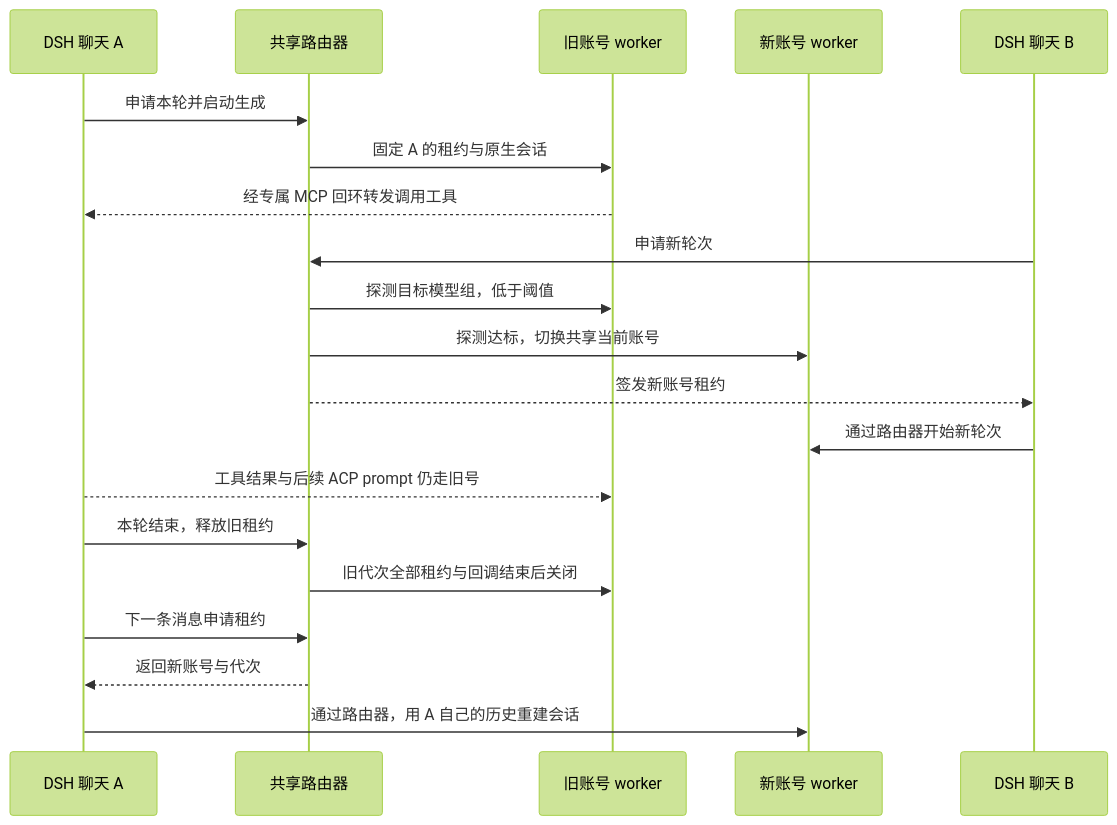
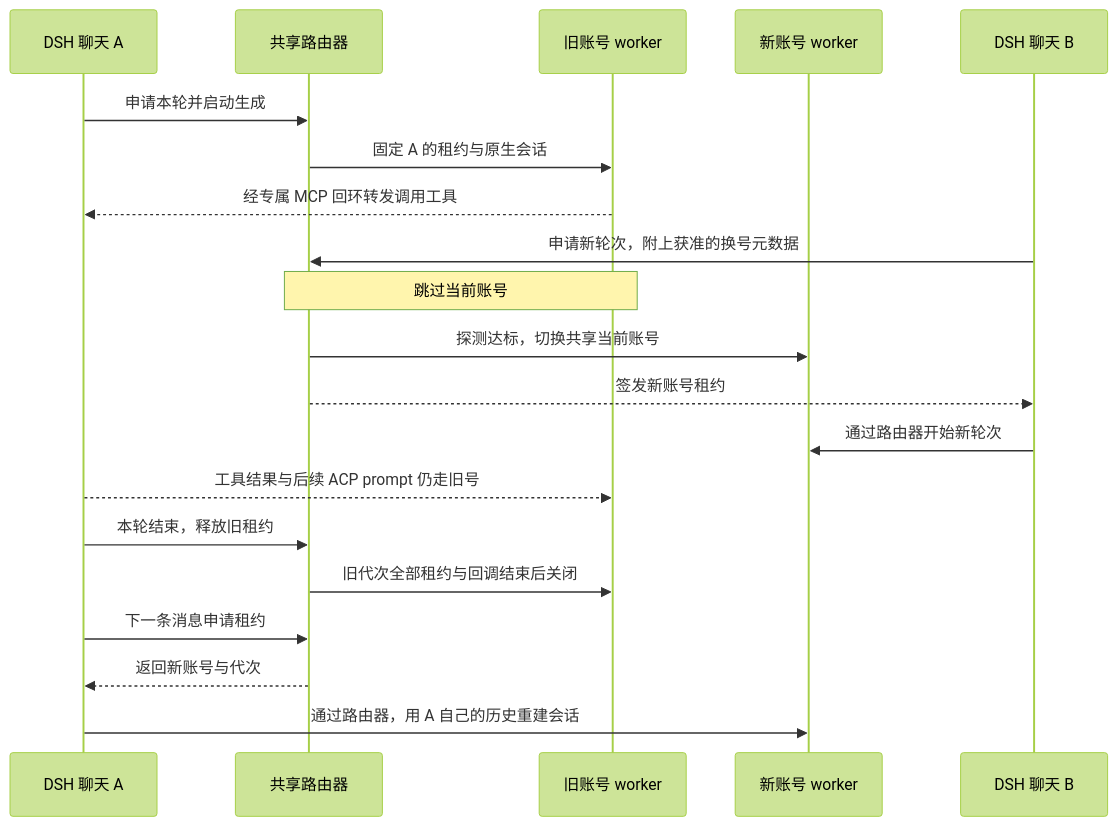
One commit to shirolabs67/AntigravityAccountSwitcher changed the fifth of 6 diagrams in docs/ARCHITECTURE.md. Above: the diagram before and after it, drawn with Mermaid (forest theme). The commit also changed other lines of this file and 17 other files, not shown here.

````diff
--- a/docs/ARCHITECTURE.md
+++ b/docs/ARCHITECTURE.md
@@ -98,22 +99,22 @@
 ```mermaid
 sequenceDiagram
   participant A as DSH 聊天 A
   participant R as 共享路由器
   participant X as 旧账号 worker
   participant Y as 新账号 worker
   participant B as DSH 聊天 B
   A->>R: 申请本轮并启动生成
   R->>X: 固定 A 的租约与原生会话
   X-->>A: 经专属 MCP 回环转发调用工具
-  B->>R: 申请新轮次
-  R->>X: 探测目标模型组，低于阈值
+  B->>R: 申请新轮次，附上获准的换号元数据
+  Note over R,X: 跳过当前账号
   R->>Y: 探测达标，切换共享当前账号
   R-->>B: 签发新账号租约
   B->>Y: 通过路由器开始新轮次
   A-->>X: 工具结果与后续 ACP prompt 仍走旧号
   A->>R: 本轮结束，释放旧租约
   R->>X: 旧代次全部租约与回调结束后关闭
   A->>R: 下一条消息申请租约
   R-->>A: 返回新账号与代次
   A->>Y: 通过路由器，用 A 自己的历史重建会话
 ```
````
